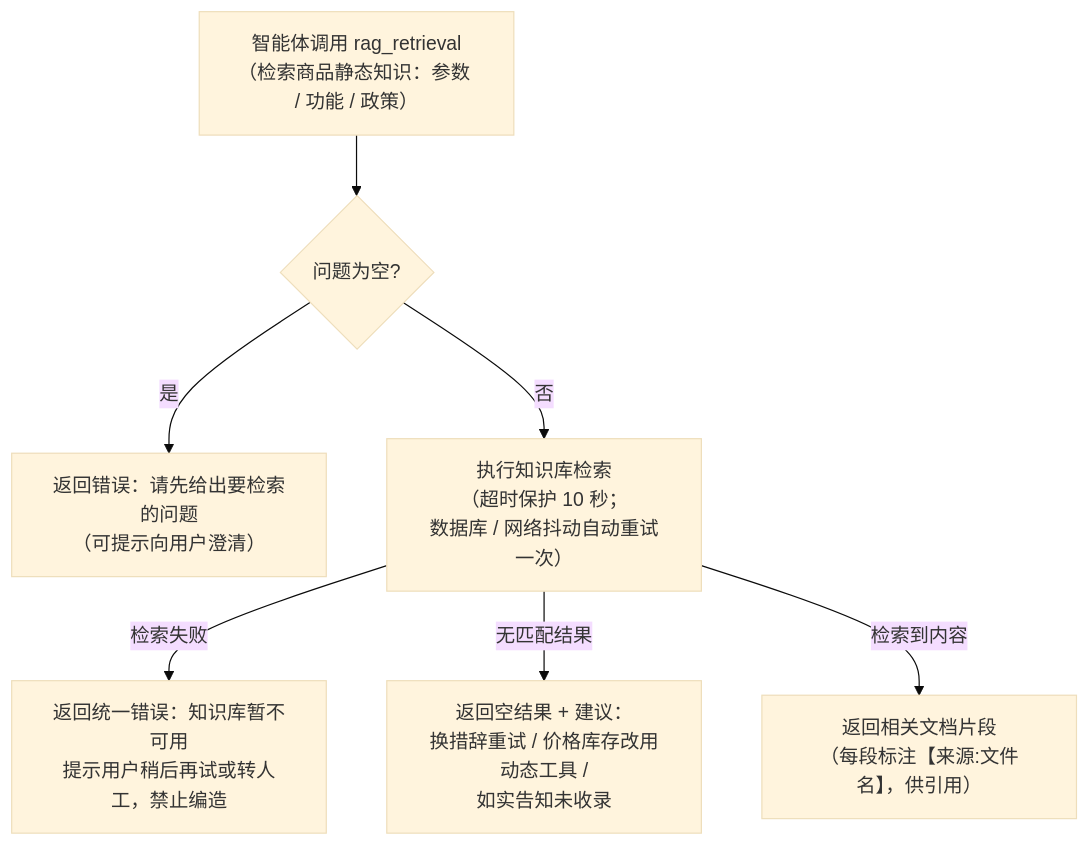
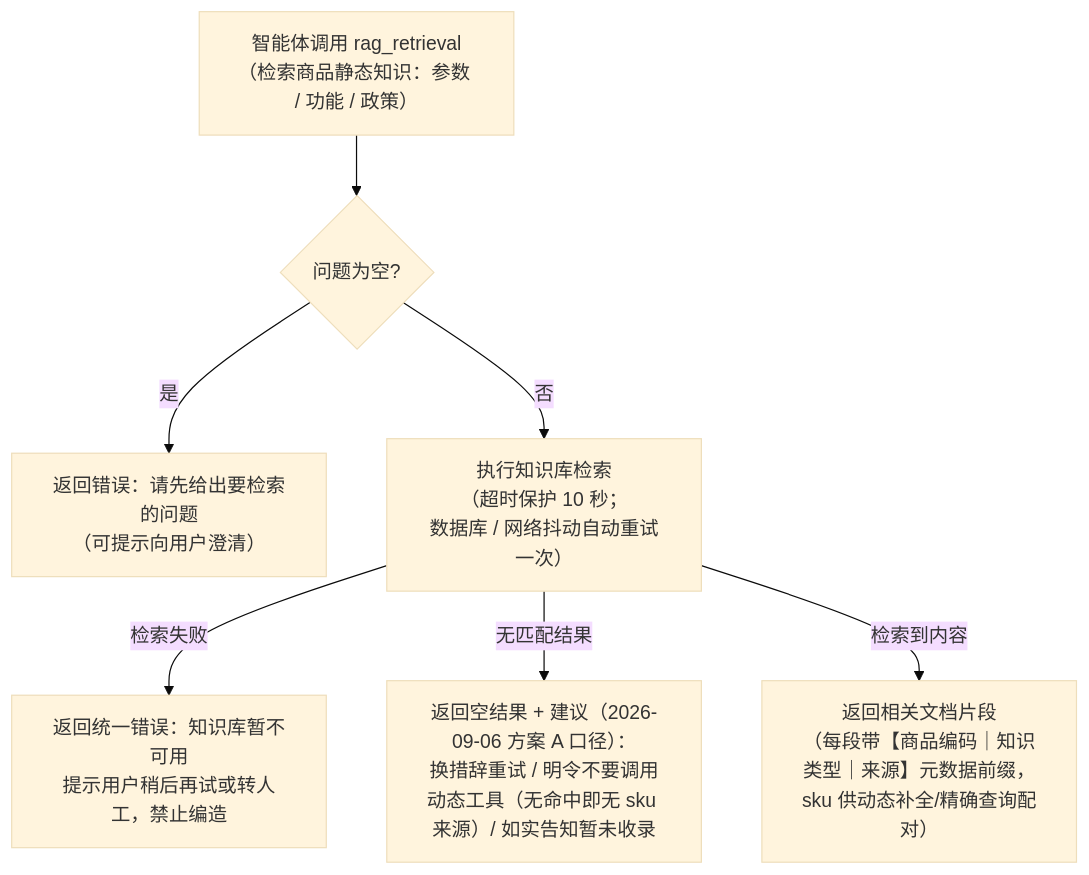
One commit to blowt16/SmartCS-Agent changed diagram 13 of 35 in docs/PROJECT_ANALYSIS.md. Above: the diagram before and after it, drawn with Mermaid (base theme). The commit also changed other lines of this file, not shown here.

````diff
--- a/docs/PROJECT_ANALYSIS.md
+++ b/docs/PROJECT_ANALYSIS.md
@@ -506,9 +508,9 @@
 ```mermaid
 flowchart TD
     A["智能体调用 rag_retrieval<br/>（检索商品静态知识：参数 / 功能 / 政策）"] --> B{"问题为空?"}
     B -->|"是"| E1["返回错误：请先给出要检索的问题<br/>（可提示向用户澄清）"]
     B -->|"否"| C["执行知识库检索<br/>（超时保护 10 秒；<br/>数据库 / 网络抖动自动重试一次）"]
     C -->|"检索失败"| E2["返回统一错误：知识库暂不可用<br/>提示用户稍后再试或转人工，禁止编造"]
-    C -->|"无匹配结果"| E3["返回空结果 + 建议：<br/>换措辞重试 / 价格库存改用动态工具 /<br/>如实告知未收录"]
-    C -->|"检索到内容"| OK["返回相关文档片段<br/>（每段标注【来源:文件名】，供引用）"]
+    C -->|"无匹配结果"| E3["返回空结果 + 建议（2026-09-06 方案 A 口径）：<br/>换措辞重试 / 明令不要调用动态工具（无命中即无 sku 来源）/ 如实告知暂未收录"]
+    C -->|"检索到内容"| OK["返回相关文档片段<br/>（每段带【商品编码｜知识类型｜来源】元数据前缀，<br/>sku 供动态补全/精确查询配对）"]
 ```
````
